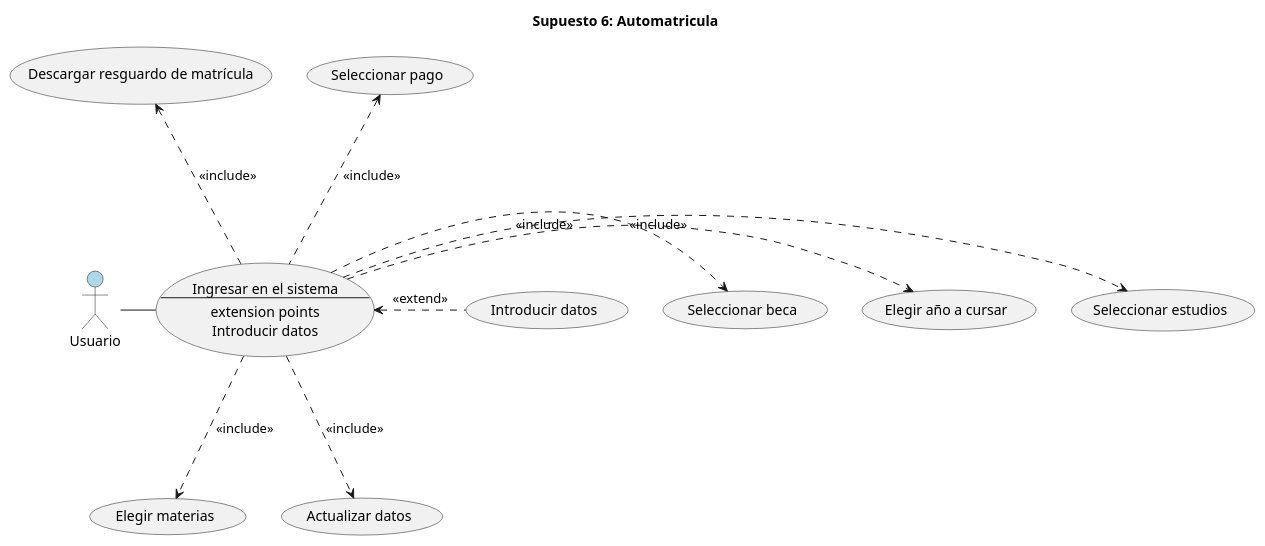
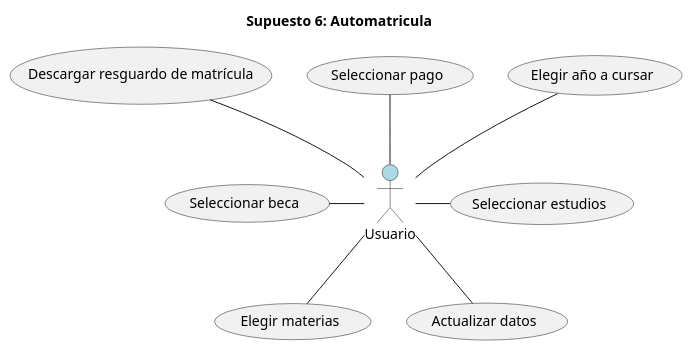
The diagram in lab0/src/automatricula.puml (ags000/INRE-UAL-TURQUESA-2022), drawn with PlantUML before and after one commit. The commit also changed 1 other file, not shown here.

```diff
--- a/lab0/src/automatricula.puml
+++ b/lab0/src/automatricula.puml
@@ -1,32 +1,24 @@
 @startuml
 title Supuesto 6: Automatricula
 
 actor Usuario #LightBlue
 
 /'Casos de uso'/
 "Seleccionar estudios" as (SE)
 "Elegir año a cursar" as (EAC)
 "Elegir materias" as (EM)
 "Actualizar datos" as (AD)
 "Seleccionar beca" as (SB)
 "Seleccionar pago" as (SP)
-"Introducir datos" as (ID)
 "Descargar resguardo de matrícula" as (DRM)
 
-usecase IS as "Ingresar en el sistema
---
-extension points
-Introducir datos"
-
 /'Relaciones casos de usos'/
-Usuario -right- (IS)
-(IS) .-right-> (SE) : <<include>>
-(IS) .-right-> (EAC) : <<include>>
-(IS) .-down-> (EM) : <<include>>
-(IS) .-down-> (AD) : <<include>>
-(IS) .-up-> (SP) : <<include>>
-(IS) .> (SB)
-(IS) .-up-> (DRM) : <<include>>
-(ID) .-left-> (IS) : <<extend>>
+Usuario -right- (SE)
+Usuario -up- (EAC)
+Usuario -down- (EM)
+Usuario -down- (AD)
+Usuario -up- (SP)
+Usuario -left- (SB)
+Usuario -up- (DRM)
 
 @enduml
```
